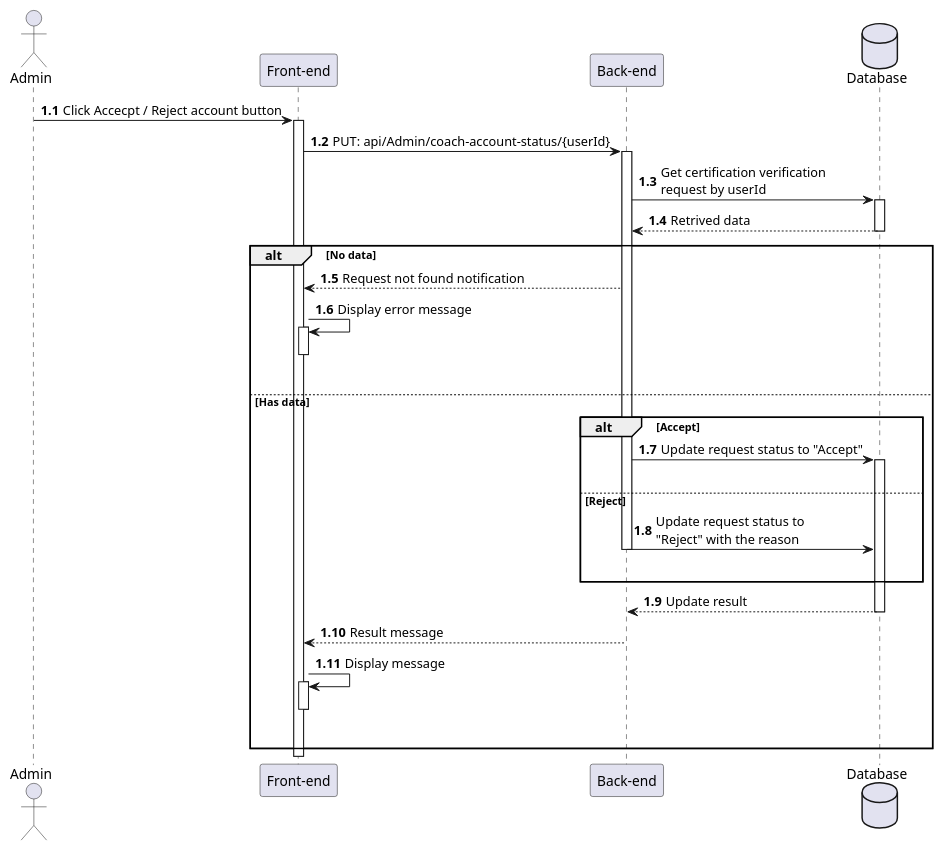
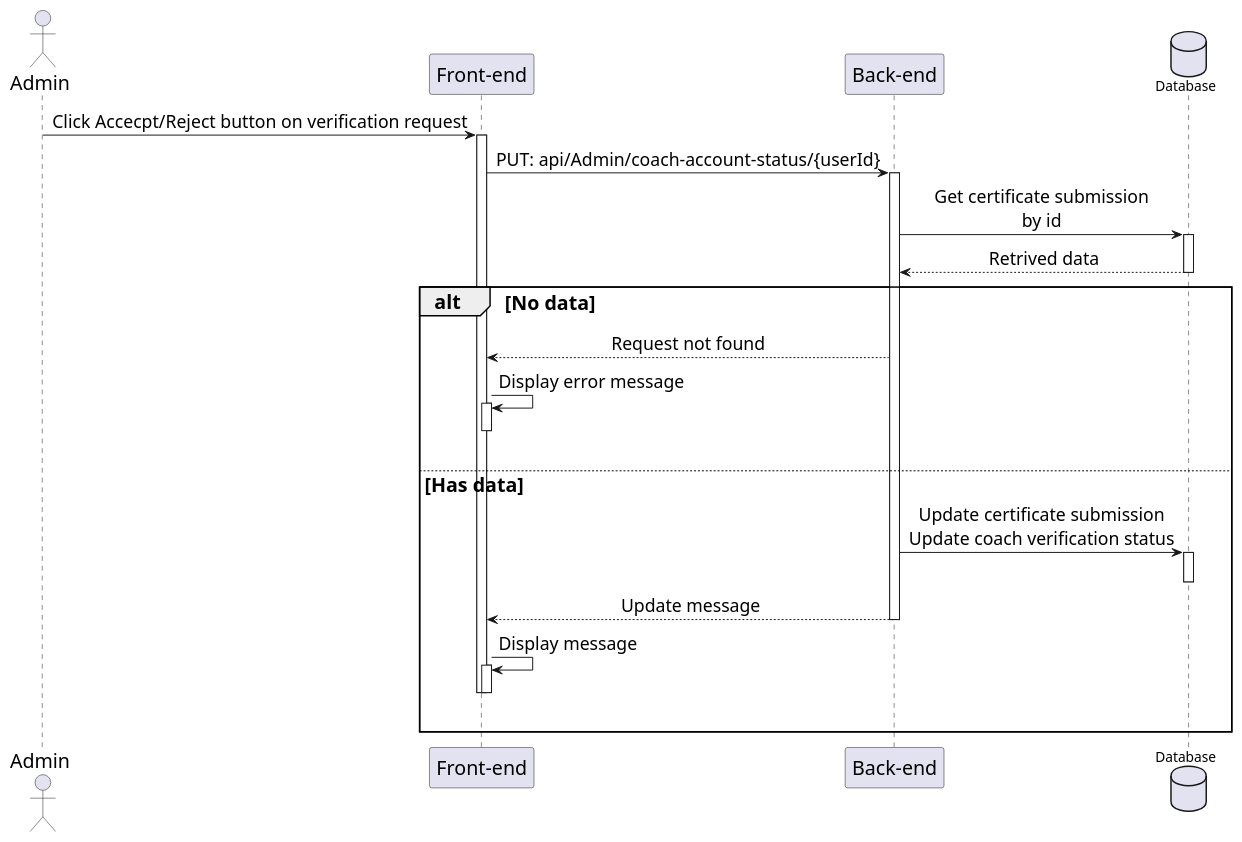
The diagram in Sequences_diagrams/AcceptRejectCoachVerifyReq.pu (HTPhong-276/iCoaching-Diagrams), drawn with PlantUML before and after one commit. The commit also changed 75 other files, not shown here.

Commit message:
Update Sequences_diagrams

```diff
--- a/Sequences_diagrams/AcceptRejectCoachVerifyReq.pu
+++ b/Sequences_diagrams/AcceptRejectCoachVerifyReq.pu
@@ -1,36 +1,37 @@
 @startuml AcceptRejectCoachVerifyRequest
+skinparam sequenceMessageAlign center
+skinparam sequenceGroupFontSize 20
+skinparam sequenceGroupHeaderFontSize 20
+skinparam sequence {
+    ParticipantFontSize 20
+    ActorFontSize 20
+    DatabaseFontSize 20
+    ArrowFontSize 18
+} 
 actor Admin as user
 participant "Front-end" as client
 participant "Back-end" as server 
 database "Database" as db
 
-autonumber 1.1 "<b>0:"
-
-user -> client++ : Click Accecpt / Reject account button
+user -> client++ : Click Accecpt/Reject button on verification request
 client -> server++ : PUT: api/Admin/coach-account-status/{userId}
-server -> db++ : Get certification verification \nrequest by userId
+server -> db++ : Get certificate submission\nby id
 db --> server : Retrived data
 deactivate db
 
 alt No data
-    server --> client : Request not found notification
+    server --> client : Request not found
     client -> client++ : Display error message
     deactivate client
     |||
 else Has data
-    alt Accept
-        server -> db++ : Update request status to "Accept"
-        |||
-    else Reject
-        server -> db : Update request status to \n"Reject" with the reason
-        deactivate server
-        |||
-    end
-    db --> server : Update result
+    server -> db++: Update certificate submission\nUpdate coach verification status
     deactivate db
-    server --> client : Result message
+    server --> client : Update message
+    deactivate
     client -> client++ : Display message
+    deactivate
     deactivate
     |||
 end 
 @enduml
```
